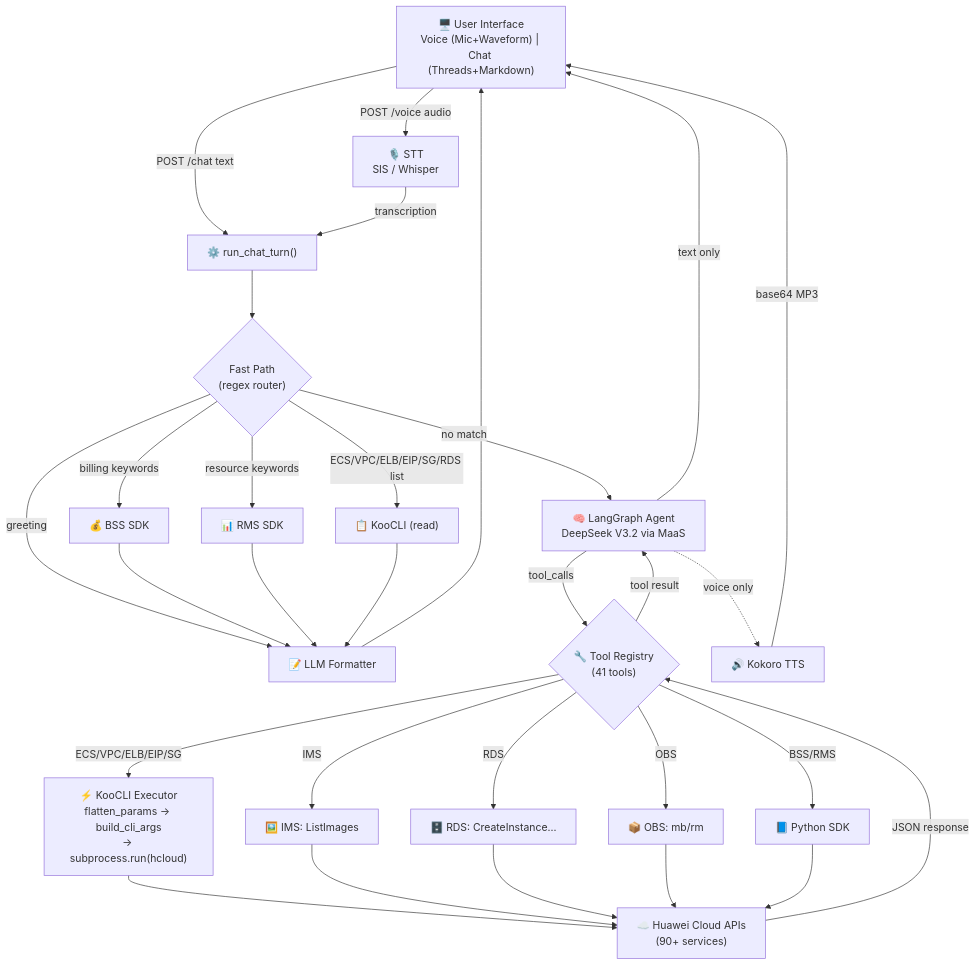
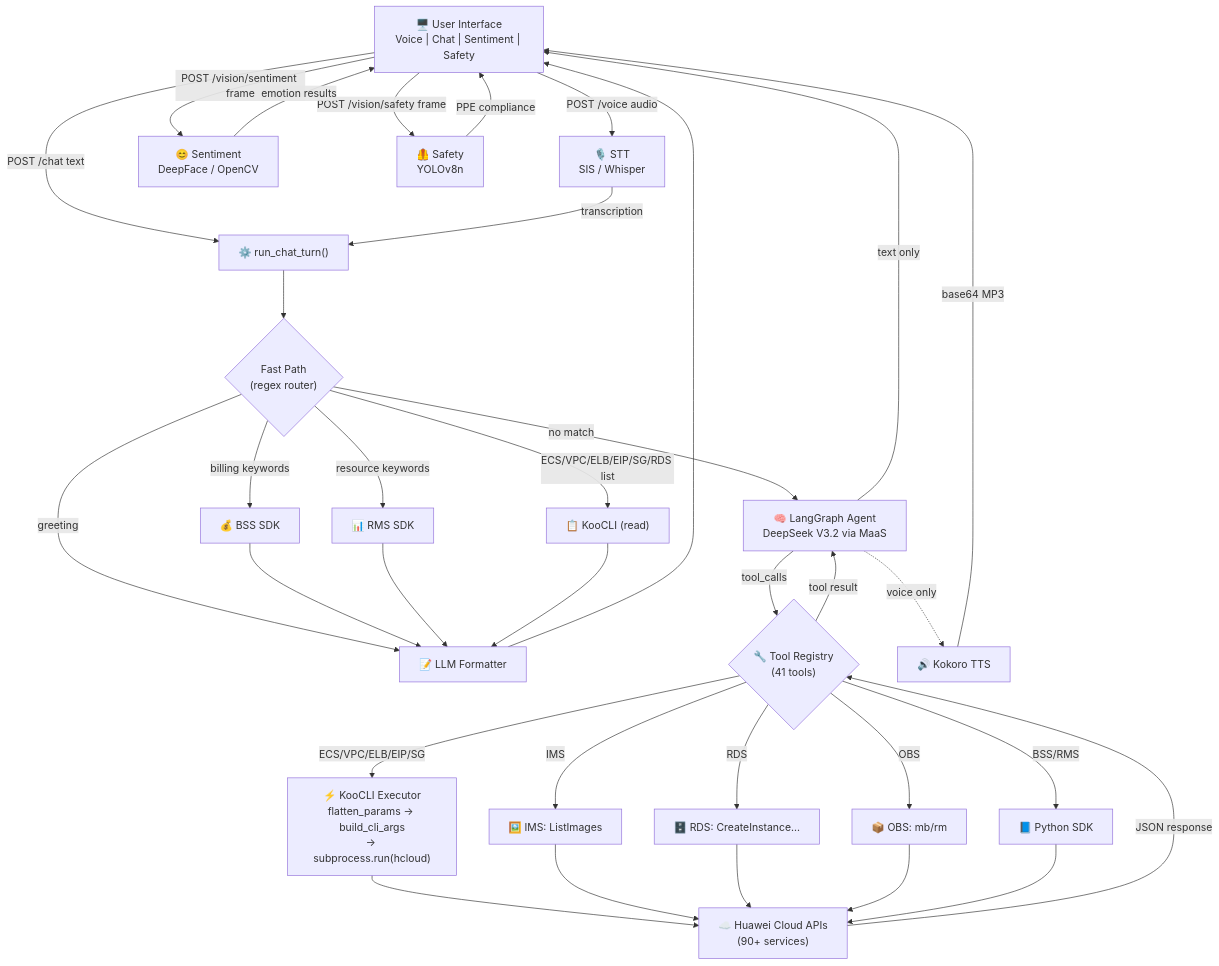
Before and after one commit to mcastiblancoa/Huawei-Cloud-Smart-Assistant: the first of 5 diagrams in README.md, drawn with Mermaid. The commit also changed other lines of this file and 19 other files, not shown here.

````diff
--- a/README.md
+++ b/README.md
@@ -12,42 +12,46 @@
 ```mermaid
 graph TD
-    UI["🖥️ User Interface<br/>Voice (Mic+Waveform) | Chat (Threads+Markdown)"]
+    UI["🖥️ User Interface<br/>Voice | Chat | Sentiment | Safety"]
     UI -->|POST /voice audio| STT["🎙️ STT<br/>SIS / Whisper"]
     UI -->|POST /chat text| ORCH
+    UI -->|POST /vision/sentiment frame| SENT["😊 Sentiment<br/>DeepFace / OpenCV"]
+    UI -->|POST /vision/safety frame| SAFE["🦺 Safety<br/>YOLOv8n"]
     STT -->|transcription| ORCH
+    SENT -->|emotion results| UI
+    SAFE -->|PPE compliance| UI
 
     ORCH["⚙️ run_chat_turn()"]
     ORCH --> FP{"Fast Path<br/>(regex router)"}
     FP -->|greeting| RESP["📝 LLM Formatter"]
     FP -->|billing keywords| BSS["💰 BSS SDK"]
     FP -->|resource keywords| RMS["📊 RMS SDK"]
     FP -->|ECS/VPC/ELB/EIP/SG/RDS list| KOOCLI_LIST["📋 KooCLI (read)"]
     FP -->|no match| LG
 
     BSS --> RESP
     RMS --> RESP
     KOOCLI_LIST --> RESP
     RESP --> UI
 
     LG["🧠 LangGraph Agent<br/>DeepSeek V3.2 via MaaS"]
     LG -->|tool_calls| TOOLS
     LG -->|text only| UI
 
     TOOLS{"🔧 Tool Registry<br/>(41 tools)"}
     TOOLS -->|ECS/VPC/ELB/EIP/SG| KOOCLI["⚡ KooCLI Executor<br/>flatten_params → build_cli_args<br/>→ subprocess.run(hcloud)"]
     TOOLS -->|IMS| IMS["🖼️ IMS: ListImages"]
     TOOLS -->|RDS| RDS["🗄️ RDS: CreateInstance..."]
     TOOLS -->|OBS| OBS["📦 OBS: mb/rm"]
     TOOLS -->|BSS/RMS| SDK["📘 Python SDK"]
 
     KOOCLI --> CLOUD["☁️ Huawei Cloud APIs<br/>(90+ services)"]
     IMS --> CLOUD
     RDS --> CLOUD
     OBS --> CLOUD
     SDK --> CLOUD
     CLOUD -->|JSON response| TOOLS
     TOOLS -->|tool result| LG
 
     LG -.->|voice only| TTS["🔊 Kokoro TTS"]
     TTS -->|base64 MP3| UI
 ```
````
